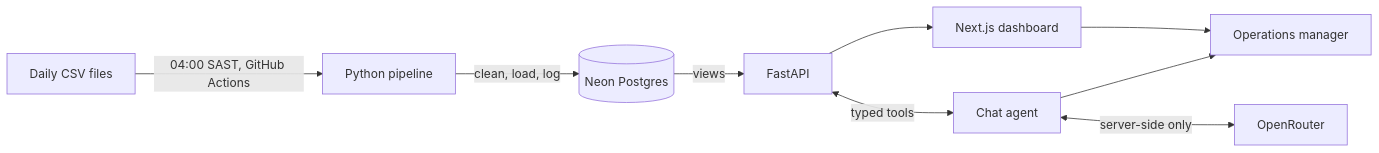
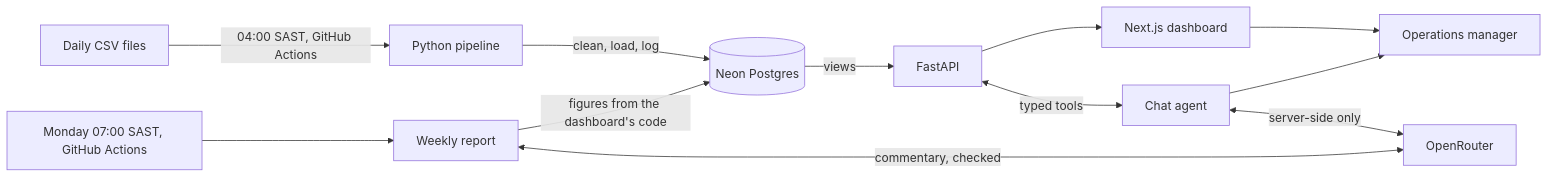
The diagram in README.md (Murci20965/ridgeback-fleet), drawn with Mermaid before and after one commit. The commit also changed other lines of this file and 4 other files, not shown here.

Commit message:
Document the weekly report in the README and solution design

````diff
--- a/README.md
+++ b/README.md
@@ -34,11 +35,14 @@
 ```mermaid
 flowchart LR
     A[Daily CSV files] -->|04:00 SAST, GitHub Actions| B[Python pipeline]
     B -->|clean, load, log| C[(Neon Postgres)]
     C -->|views| D[FastAPI]
     D --> E[Next.js dashboard]
     D <-->|typed tools| F[Chat agent]
     F <-->|server-side only| G[OpenRouter]
     E --> H[Operations manager]
     F --> H
+    I[Monday 07:00 SAST, GitHub Actions] --> J[Weekly report]
+    J -->|figures from the dashboard's code| C
+    J <-->|commentary, checked| G
 ```
````
